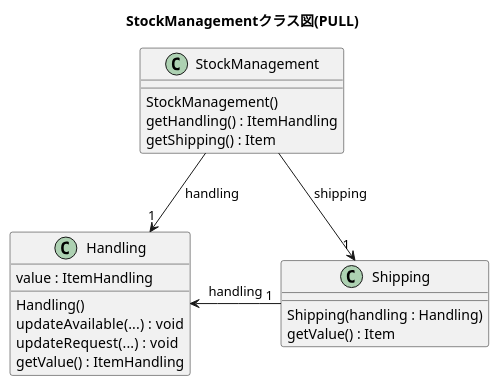
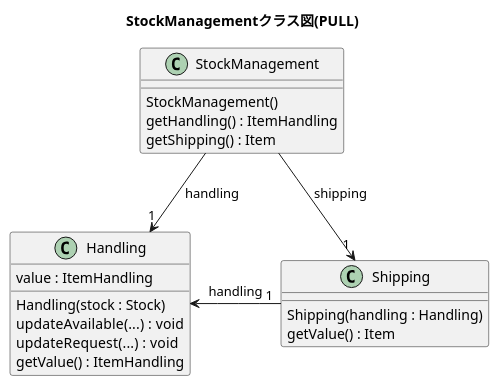
The diagram in images/stock_class_pull.pu (nitta-lab/pushpullRefactoringExperiments), drawn with PlantUML before and after one commit. The commit also changed 9 other files, not shown here.

Commit message:
EnvironmentAlgolike.html へのリンクが間違っていたのを修正． StockManagementのクラス図のHandlingクラスのコンストラクタの引数が足りなかったのを修正． Closing.html から最終アンケートへのリンクが間違っていたのを修正．

```diff
--- a/images/stock_class_pull.pu
+++ b/images/stock_class_pull.pu
@@ -1,23 +1,23 @@
 @startuml
 title StockManagementクラス図(PULL)
 class StockManagement{
     StockManagement()
     getHandling() : ItemHandling
     getShipping() : Item
 }
 class Handling{
     value : ItemHandling
-    Handling()
+    Handling(stock : Stock)
     updateAvailable(...)  : void
     updateRequest(...)  : void
     getValue() : ItemHandling
 }
 class Shipping{
     Shipping(handling : Handling)
     getValue() : Item
 }
 StockManagement -->"1" Handling :handling
 StockManagement -->"1" Shipping  :shipping
 Handling <-"1" Shipping : handling
 
 @enduml
```
